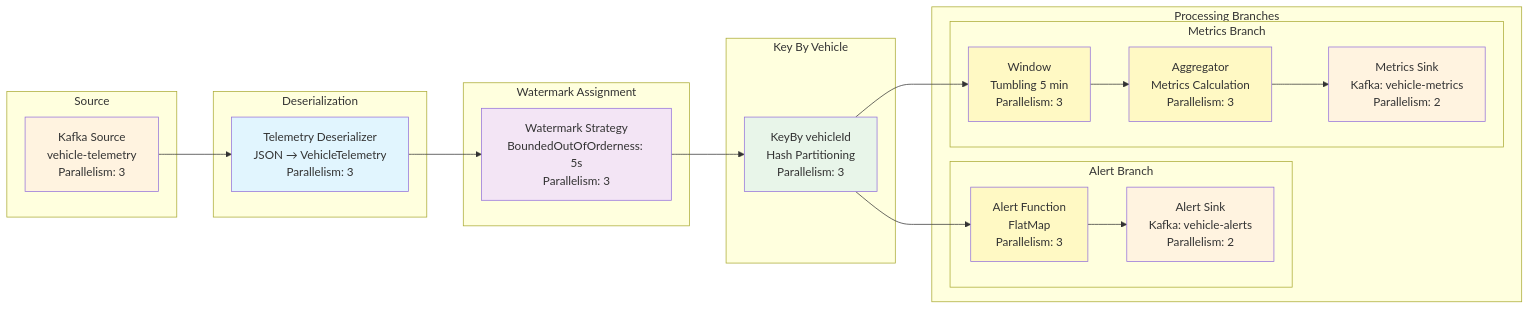
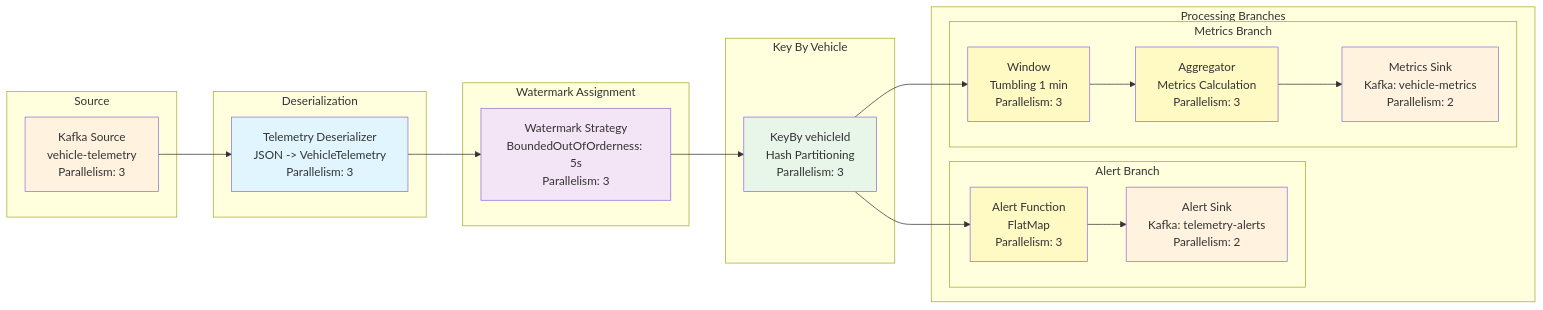
Diagram 14 of 18 in DIAGRAMS.md (Shallako/ShuzAHS), drawn with Mermaid before and after one commit. The commit also changed other lines of this file and 38 other files, not shown here.

Commit message:
Remove `TelemetrySimulator` and replace it with a fully Dockerized, Kafka-integrated telemetry generation solution. Add configuration files for Prometheus, Grafana, and Docker Compose to enhance monitoring, observability, and deployment infrastructure.

````diff
--- a/DIAGRAMS.md
+++ b/DIAGRAMS.md
@@ -923,51 +923,51 @@
 ```mermaid
 graph LR
     subgraph "Source"
         KS[Kafka Source<br/>vehicle-telemetry<br/>Parallelism: 3]
     end
     
     subgraph "Deserialization"
-        DS[Telemetry Deserializer<br/>JSON → VehicleTelemetry<br/>Parallelism: 3]
+        DS[Telemetry Deserializer<br/>JSON -> VehicleTelemetry<br/>Parallelism: 3]
     end
     
     subgraph "Watermark Assignment"
         WM[Watermark Strategy<br/>BoundedOutOfOrderness: 5s<br/>Parallelism: 3]
     end
     
     subgraph "Key By Vehicle"
         KB[KeyBy vehicleId<br/>Hash Partitioning<br/>Parallelism: 3]
     end
     
     subgraph "Processing Branches"
         subgraph "Alert Branch"
             AF[Alert Function<br/>FlatMap<br/>Parallelism: 3]
-            AK[Alert Sink<br/>Kafka: vehicle-alerts<br/>Parallelism: 2]
+            AK[Alert Sink<br/>Kafka: telemetry-alerts<br/>Parallelism: 2]
         end
         
         subgraph "Metrics Branch"
-            WD[Window<br/>Tumbling 5 min<br/>Parallelism: 3]
+            WD[Window<br/>Tumbling 1 min<br/>Parallelism: 3]
             AG[Aggregator<br/>Metrics Calculation<br/>Parallelism: 3]
             MK[Metrics Sink<br/>Kafka: vehicle-metrics<br/>Parallelism: 2]
         end
     end
     
     KS --> DS
     DS --> WM
     WM --> KB
     KB --> AF
     KB --> WD
     
     AF --> AK
     WD --> AG
     AG --> MK
     
     style KS fill:#fff3e0
     style DS fill:#e1f5fe
     style WM fill:#f3e5f5
     style KB fill:#e8f5e9
     style AF fill:#fff9c4
     style WD fill:#fff9c4
     style AG fill:#fff9c4
     style AK fill:#fff3e0
     style MK fill:#fff3e0
 ```
````
